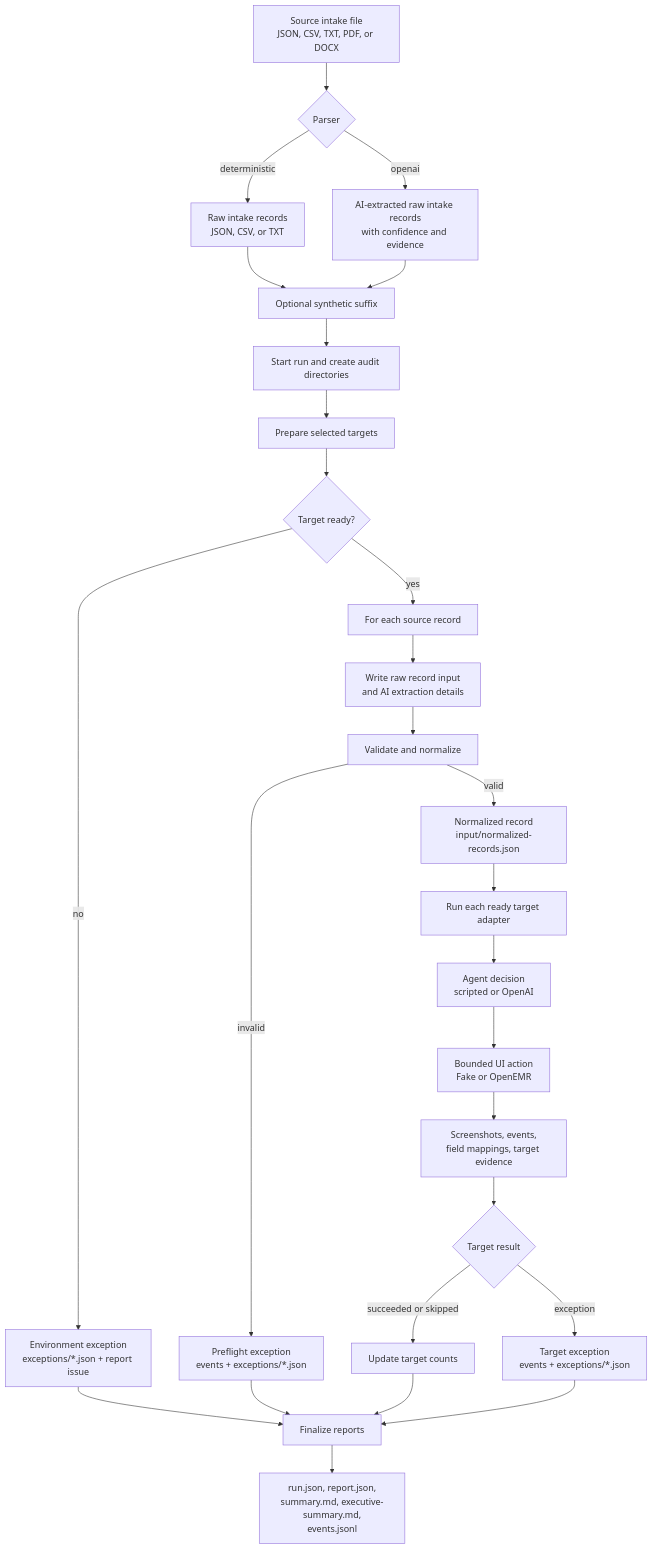
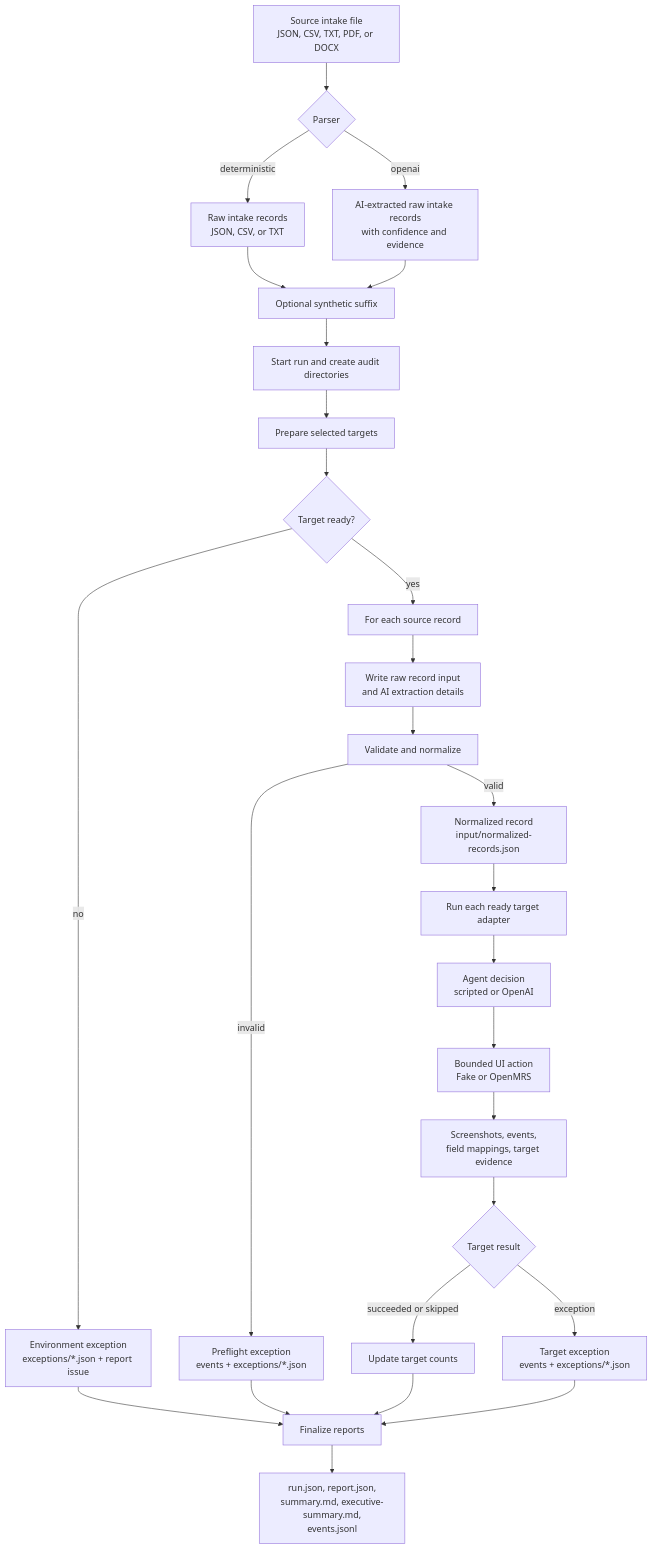
Before and after one commit to wm-pxel/agentic-ui-automation: the second of 2 diagrams in README.md, drawn with Mermaid. The commit also changed other lines of this file and 17 other files, not shown here.

Commit message:
feat: replace OpenEMR target with OpenMRS

````diff
--- a/README.md
+++ b/README.md
@@ -96,33 +97,33 @@
 ```mermaid
 flowchart TD
   Source["Source intake file<br/>JSON, CSV, TXT, PDF, or DOCX"] --> Parser{"Parser"}
   Parser -->|deterministic| RawRecords["Raw intake records<br/>JSON, CSV, or TXT"]
   Parser -->|openai| AiRecords["AI-extracted raw intake records<br/>with confidence and evidence"]
   RawRecords --> Suffix["Optional synthetic suffix"]
   AiRecords --> Suffix
   Suffix --> Start["Start run and create audit directories"]
 
   Start --> Prepare["Prepare selected targets"]
   Prepare --> Ready{"Target ready?"}
   Ready -->|no| EnvException["Environment exception<br/>exceptions/*.json + report issue"]
   Ready -->|yes| RecordLoop["For each source record"]
 
   RecordLoop --> CaptureInput["Write raw record input<br/>and AI extraction details"]
   CaptureInput --> Validate["Validate and normalize"]
   Validate -->|invalid| PreflightException["Preflight exception<br/>events + exceptions/*.json"]
   Validate -->|valid| Normalized["Normalized record<br/>input/normalized-records.json"]
 
   Normalized --> TargetLoop["Run each ready target adapter"]
   TargetLoop --> AgentDecision["Agent decision<br/>scripted or OpenAI"]
-  AgentDecision --> UiAction["Bounded UI action<br/>Fake or OpenEMR"]
+  AgentDecision --> UiAction["Bounded UI action<br/>Fake or OpenMRS"]
   UiAction --> Evidence["Screenshots, events,<br/>field mappings, target evidence"]
   Evidence --> TargetResult{"Target result"}
   TargetResult -->|succeeded or skipped| Counts["Update target counts"]
   TargetResult -->|exception| TargetException["Target exception<br/>events + exceptions/*.json"]
 
   EnvException --> Reports["Finalize reports"]
   PreflightException --> Reports
   Counts --> Reports
   TargetException --> Reports
   Reports --> AuditPackage["run.json, report.json,<br/>summary.md, executive-summary.md,<br/>events.jsonl"]
 ```
````
